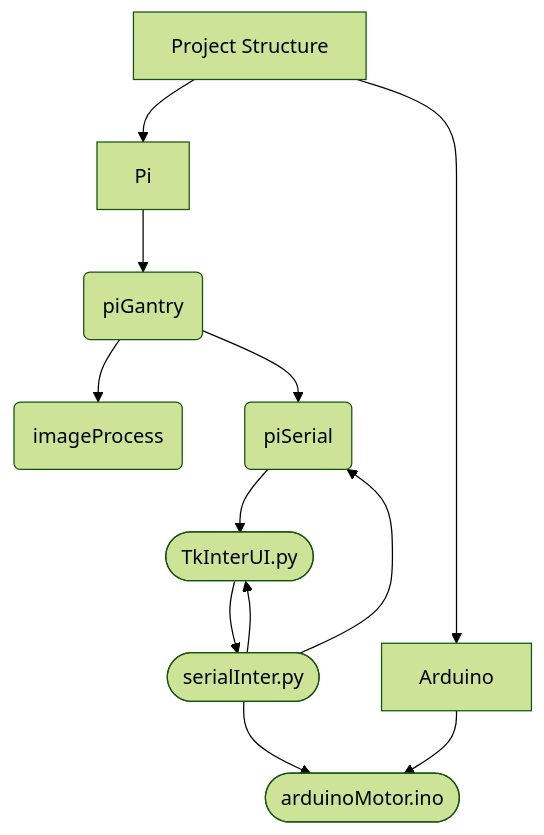
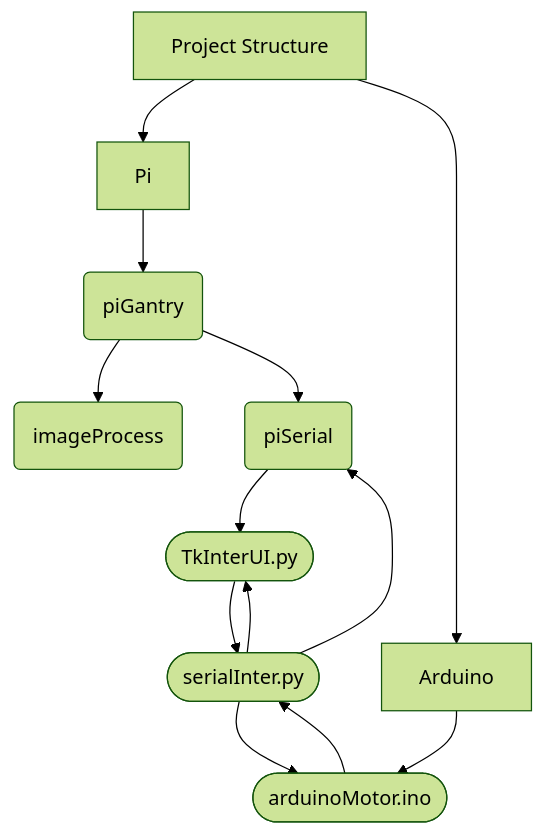
The diagram in mermaidJs/overviewGraph/flow.md.mermaid (CandidDisk/GantryBot), drawn with Mermaid (forest theme) before and after one commit.

```diff
--- a/mermaidJs/overviewGraph/flow.md.mermaid
+++ b/mermaidJs/overviewGraph/flow.md.mermaid
@@ -1,16 +1,17 @@
 graph TD
   ganrob[Project Structure] --> Pi
   ganrob --> Arduino
 
   Pi --> B(piGantry)
   B --> C(imageProcess)
   B --> D(piSerial)
 
 
   E([serialInter.py]) --> D
   D --> F([TkInterUI.py])
   F --> E
   E --> F
   E --> loco
 
   Arduino --> loco([arduinoMotor.ino])
+  loco --> E
```
